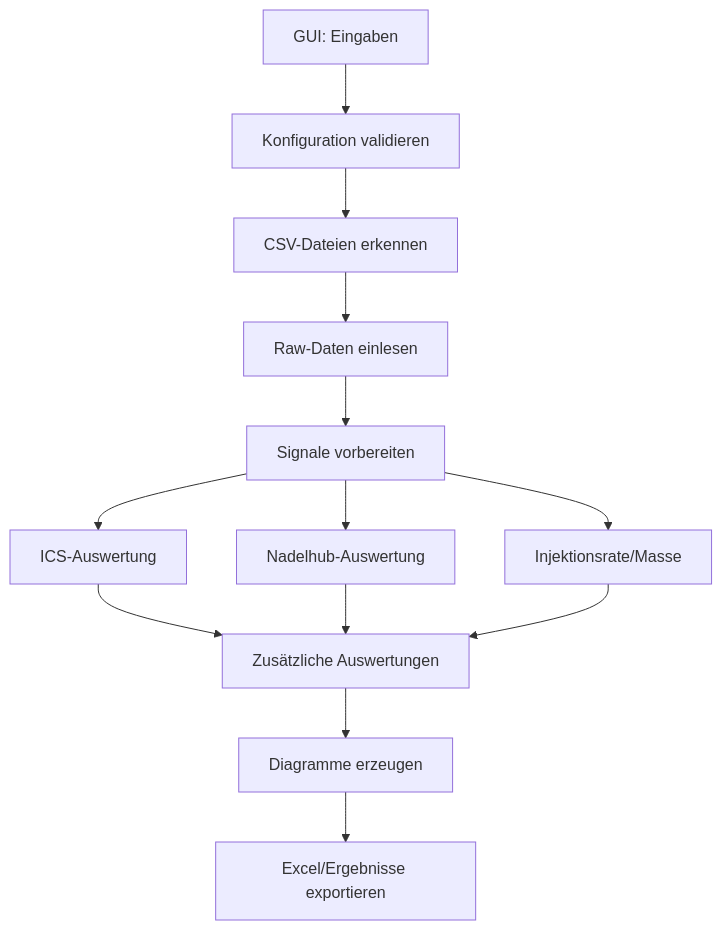
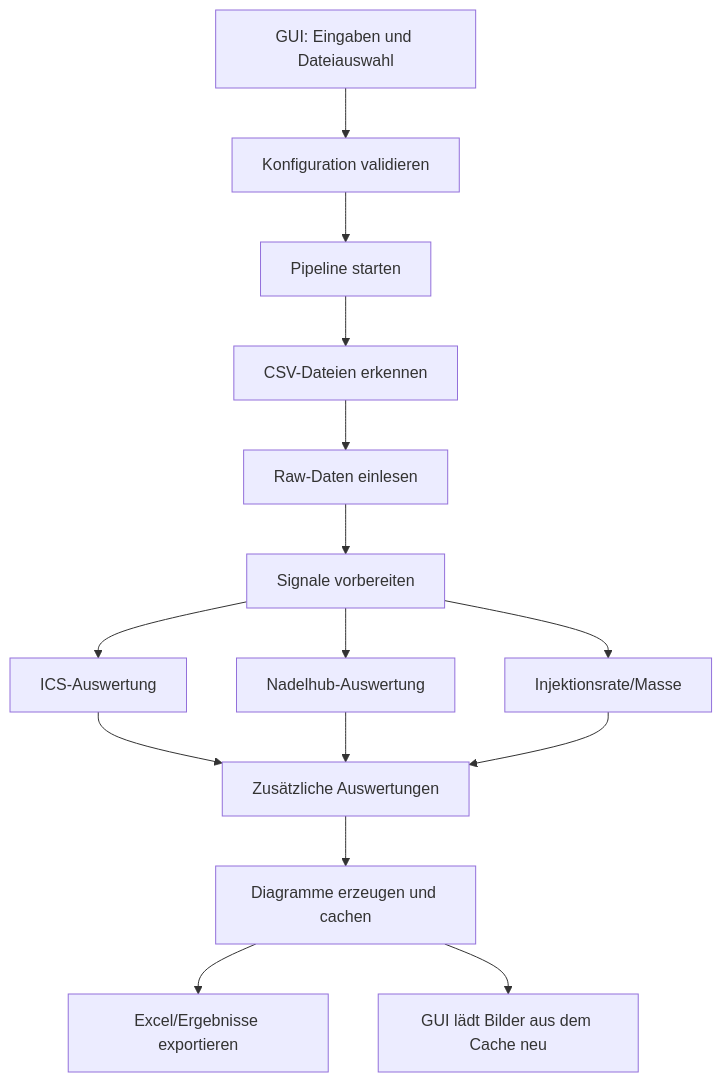
Before and after one commit to taurusmaximus5579/ITAZ_Inj_Eval_GIT: the diagram in ARCHITEKTUR_MAINSCRIPT.md, drawn with Mermaid. The commit also changed other lines of this file and 1 other file, not shown here.

````diff
--- a/ARCHITEKTUR_MAINSCRIPT.md
+++ b/ARCHITEKTUR_MAINSCRIPT.md
@@ -122,15 +177,17 @@
 ```mermaid
 flowchart TD
-    A[GUI: Eingaben] --> B[Konfiguration validieren]
-    B --> C[CSV-Dateien erkennen]
-    C --> D[Raw-Daten einlesen]
-    D --> E[Signale vorbereiten]
-    E --> F[ICS-Auswertung]
-    E --> G[Nadelhub-Auswertung]
-    E --> H[Injektionsrate/Masse]
-    F --> I[Zusätzliche Auswertungen]
-    G --> I
-    H --> I
-    I --> J[Diagramme erzeugen]
-    J --> K[Excel/Ergebnisse exportieren]
+    A[GUI: Eingaben und Dateiauswahl] --> B[Konfiguration validieren]
+    B --> C[Pipeline starten]
+    C --> D[CSV-Dateien erkennen]
+    D --> E[Raw-Daten einlesen]
+    E --> F[Signale vorbereiten]
+    F --> G[ICS-Auswertung]
+    F --> H[Nadelhub-Auswertung]
+    F --> I[Injektionsrate/Masse]
+    G --> J[Zusätzliche Auswertungen]
+    H --> J
+    I --> J
+    J --> K[Diagramme erzeugen und cachen]
+    K --> L[Excel/Ergebnisse exportieren]
+    K --> M[GUI lädt Bilder aus dem Cache neu]
 ```
````
